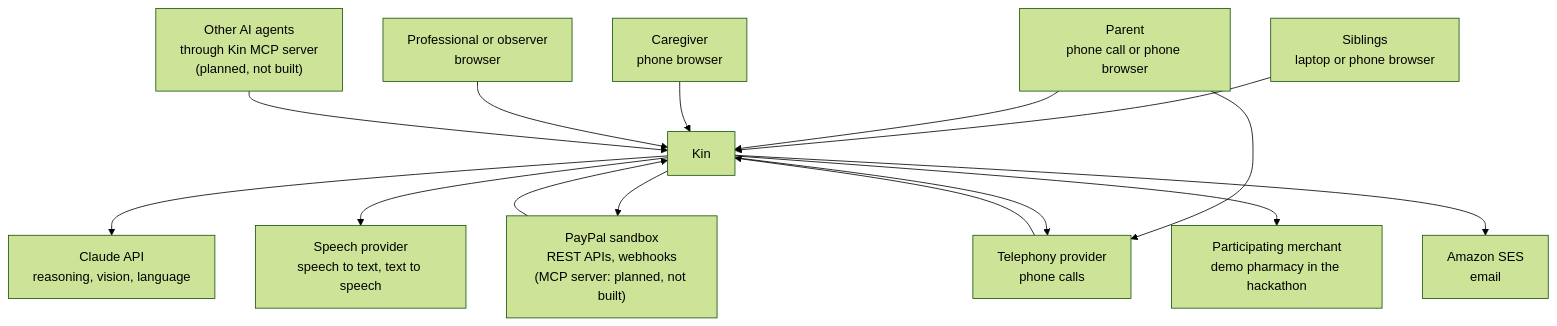
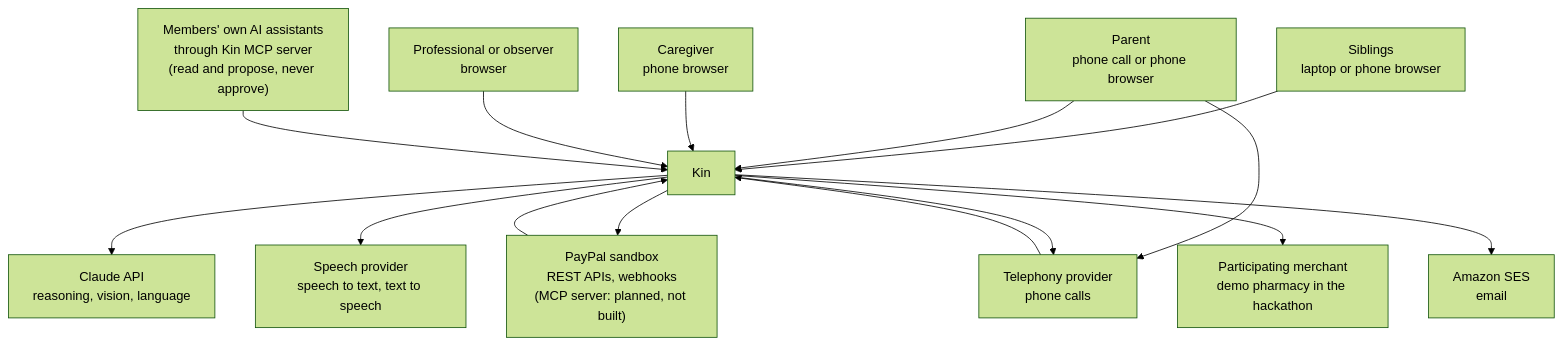
The first of 23 diagrams in docs/architecture.md (rogerjeasy/kin), drawn with Mermaid (forest theme) before and after one commit. The commit also changed other lines of this file and 4 other files, not shown here.

First line of the commit message:
docs: record decision 93 on Open Kin, the MCP server and the agency API

````diff
--- a/docs/architecture.md
+++ b/docs/architecture.md
@@ -70,33 +70,33 @@
 ```mermaid
 flowchart TB
     sib["Siblings<br/>laptop or phone browser"]
     par["Parent<br/>phone call or phone browser"]
     care["Caregiver<br/>phone browser"]
     pro["Professional or observer<br/>browser"]
-    ext["Other AI agents<br/>through Kin MCP server<br/>(planned, not built)"]
+    ext["Members' own AI assistants<br/>through Kin MCP server<br/>(read and propose, never approve)"]
 
     kin["Kin"]
 
     pp["PayPal sandbox<br/>REST APIs, webhooks<br/>(MCP server: planned, not built)"]
     claude["Claude API<br/>reasoning, vision, language"]
     speech["Speech provider<br/>speech to text, text to speech"]
     tel["Telephony provider<br/>phone calls"]
     merch["Participating merchant<br/>demo pharmacy in the hackathon"]
     mail["Amazon SES<br/>email"]
 
     sib --> kin
     par --> tel
     tel --> kin
     par --> kin
     care --> kin
     pro --> kin
     ext --> kin
 
     kin --> pp
     pp --> kin
     kin --> claude
     kin --> speech
     kin --> tel
     kin --> merch
     kin --> mail
 ```
````
